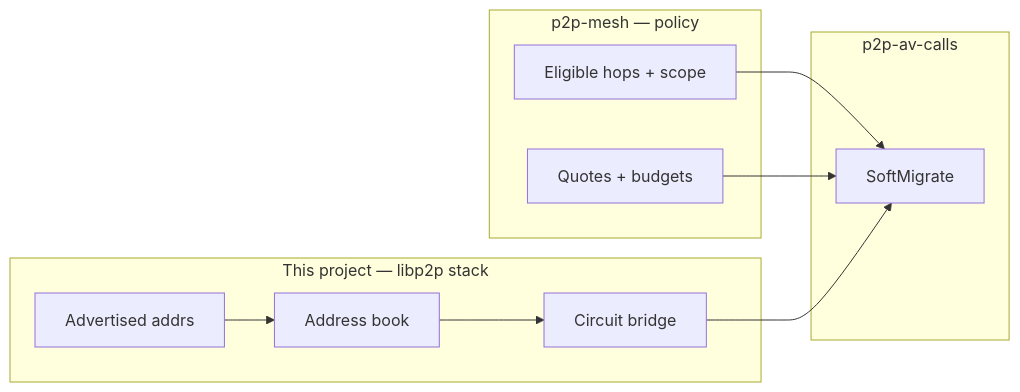
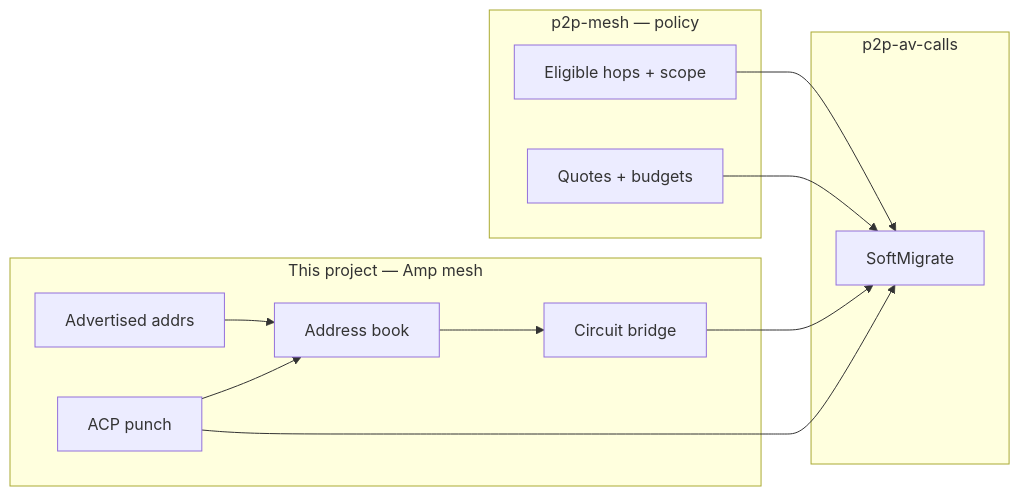
One commit to people-post/pp-browser changed the diagram in projects/media-hop-reachability/README.md. Above: the diagram before and after it, drawn with Mermaid. The commit also changed other lines of this file and 15 other files, not shown here.

First line of the commit message:
docs: specify Amp Coordinated Punch for hole punching

````diff
--- a/projects/media-hop-reachability/README.md
+++ b/projects/media-hop-reachability/README.md
@@ -14,20 +14,23 @@
 ```mermaid
 flowchart LR
-  subgraph stack [This project — libp2p stack]
+  subgraph stack [This project — Amp mesh]
     Book[Address book]
     Ads[Advertised addrs]
+    Punch[ACP punch]
     Cir[Circuit bridge]
   end
   subgraph mesh [p2p-mesh — policy]
     Elig[Eligible hops + scope]
     Quote[Quotes + budgets]
   end
   subgraph calls [p2p-av-calls]
     SM[SoftMigrate]
   end
+  Ads --> Book
+  Punch --> Book
   Book --> Cir
-  Ads --> Book
+  Punch --> SM
   Elig --> SM
   Cir --> SM
   Quote --> SM
 ```
````
